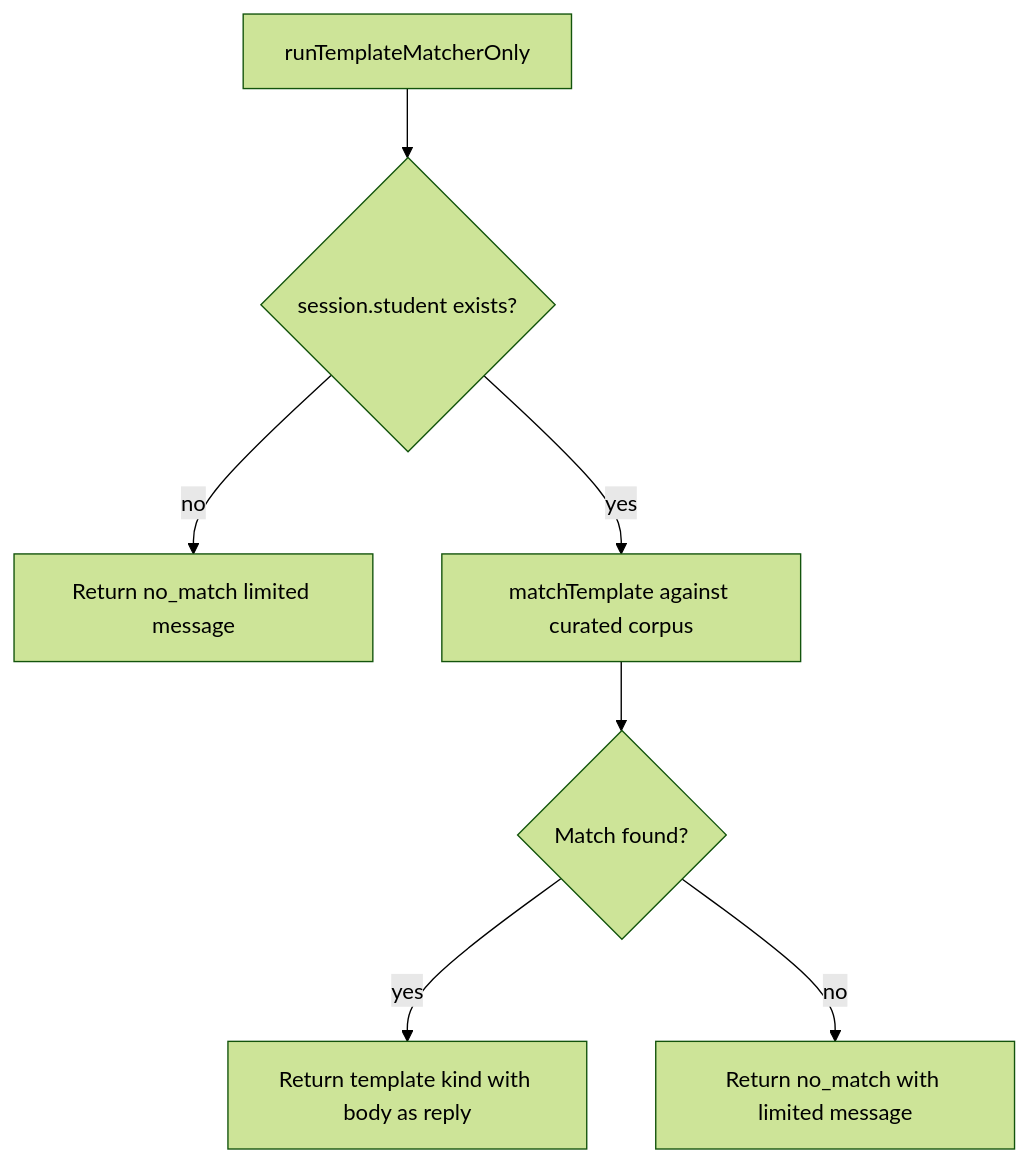
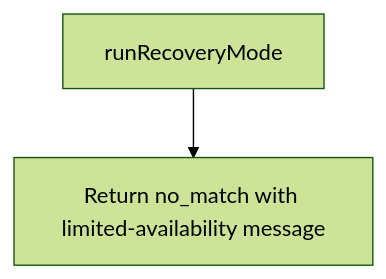
One commit to EdoardoMongardi/NYU_Path changed the third of 3 diagrams in Docs/current-system/engine/cohort.md. Above: the diagram before and after it, drawn with Mermaid (forest theme). The commit also changed other lines of this file and 73 other files, not shown here.

````diff
--- a/Docs/current-system/engine/cohort.md
+++ b/Docs/current-system/engine/cohort.md
@@ -98,9 +96,4 @@
 ```mermaid
 flowchart TD
-    Start[runTemplateMatcherOnly] --> Stu{session.student exists?}
-    Stu -- no --> NMS[Return no_match limited message]
-    Stu -- yes --> MT[matchTemplate against curated corpus]
-    MT --> Hit{Match found?}
-    Hit -- yes --> R1[Return template kind with body as reply]
-    Hit -- no --> NM[Return no_match with limited message]
+    Start[runRecoveryMode] --> NM[Return no_match with limited-availability message]
 ```
````
